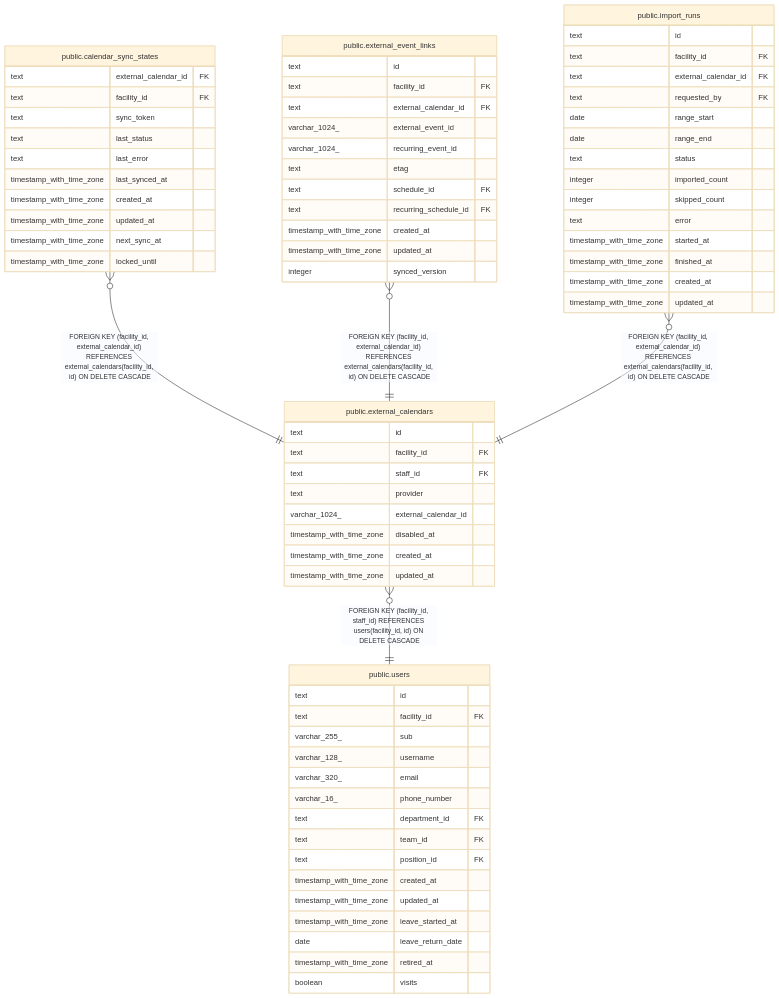
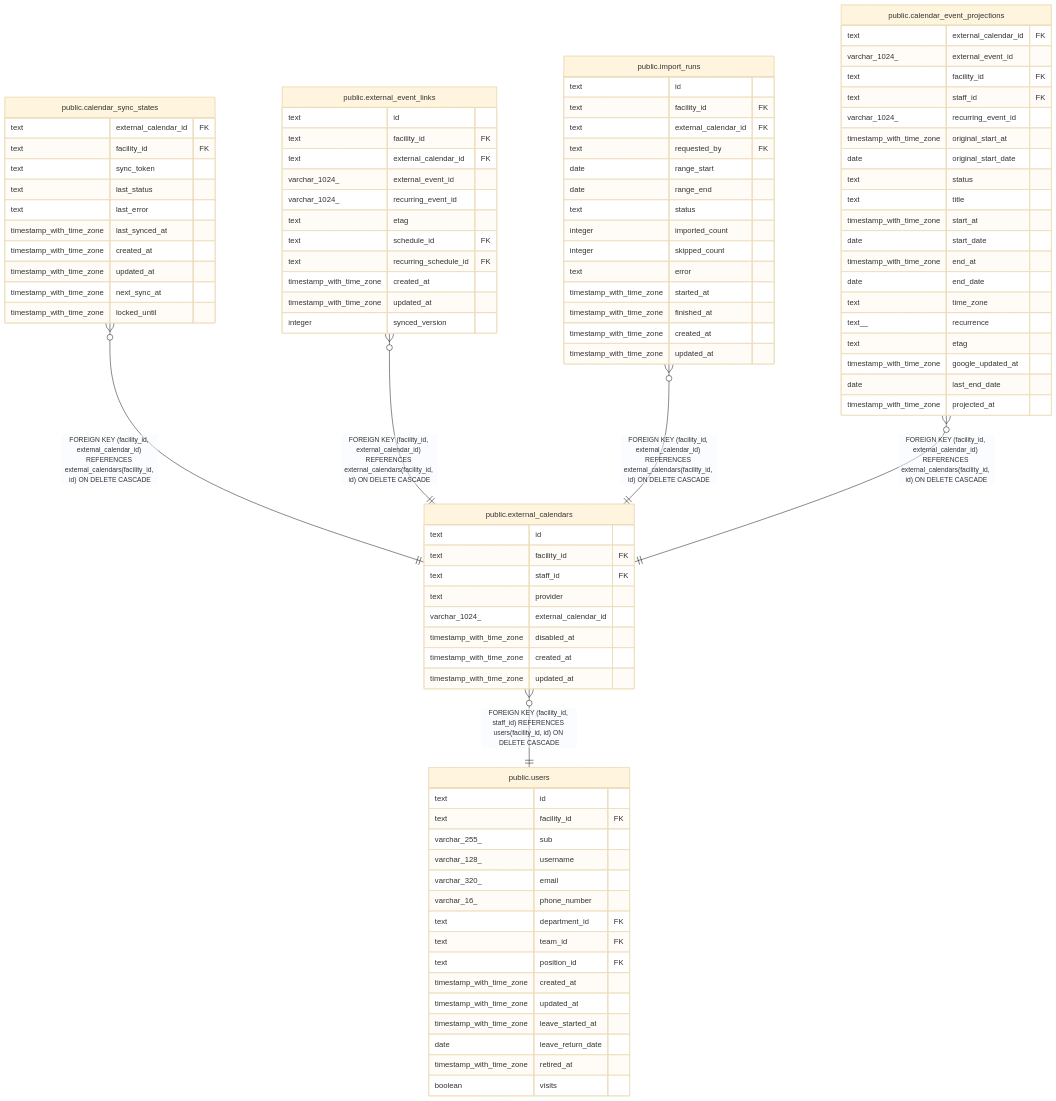
The diagram in docs/db/schedule/public.external_calendars.md (Fukuemon/buddy), drawn with Mermaid (base theme) before and after one commit. The commit also changed other lines of this file and 54 other files, not shown here.

```diff
--- a/docs/db/schedule/public.external_calendars.md
+++ b/docs/db/schedule/public.external_calendars.md
@@ -65,6 +65,7 @@
 "public.calendar_sync_states" }o--|| "public.external_calendars" : "FOREIGN KEY (facility_id, external_calendar_id) REFERENCES external_calendars(facility_id, id) ON DELETE CASCADE"
 "public.external_event_links" }o--|| "public.external_calendars" : "FOREIGN KEY (facility_id, external_calendar_id) REFERENCES external_calendars(facility_id, id) ON DELETE CASCADE"
 "public.import_runs" }o--|| "public.external_calendars" : "FOREIGN KEY (facility_id, external_calendar_id) REFERENCES external_calendars(facility_id, id) ON DELETE CASCADE"
+"public.calendar_event_projections" }o--|| "public.external_calendars" : "FOREIGN KEY (facility_id, external_calendar_id) REFERENCES external_calendars(facility_id, id) ON DELETE CASCADE"
 "public.external_calendars" }o--|| "public.users" : "FOREIGN KEY (facility_id, staff_id) REFERENCES users(facility_id, id) ON DELETE CASCADE"
 
 "public.external_calendars" {
@@ -118,6 +119,27 @@
   timestamp_with_time_zone created_at
   timestamp_with_time_zone updated_at
 }
+"public.calendar_event_projections" {
+  text external_calendar_id FK
+  varchar_1024_ external_event_id
+  text facility_id FK
+  text staff_id FK
+  varchar_1024_ recurring_event_id
+  timestamp_with_time_zone original_start_at
+  date original_start_date
+  text status
+  text title
+  timestamp_with_time_zone start_at
+  date start_date
+  timestamp_with_time_zone end_at
+  date end_date
+  text time_zone
+  text__ recurrence
+  text etag
+  timestamp_with_time_zone google_updated_at
+  date last_end_date
+  timestamp_with_time_zone projected_at
+}
 "public.users" {
   text id
   text facility_id FK
```
